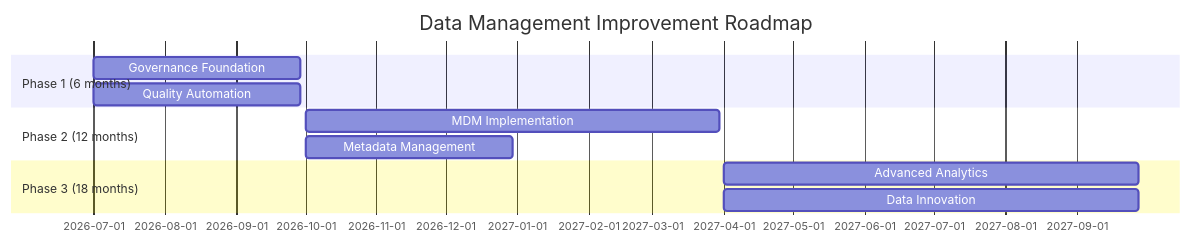
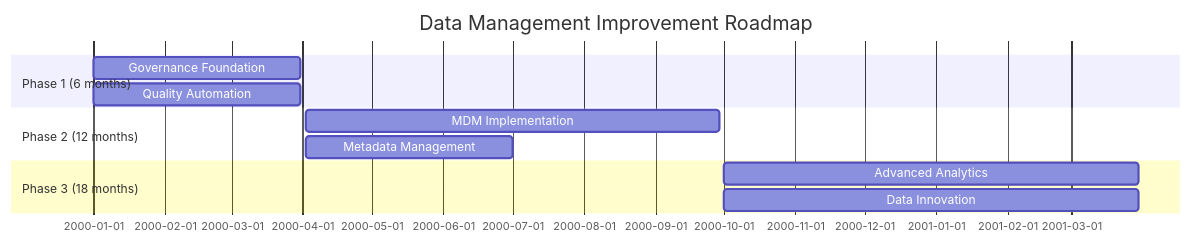
The second of 2 diagrams in document-template/15_Data_Management/Data-Management-Maturity-Assessment.md (oat431/swe-knowledge), drawn with Mermaid before and after one commit. The commit also changed 56 other files, not shown here.

````diff
--- a/document-template/15_Data_Management/Data-Management-Maturity-Assessment.md
+++ b/document-template/15_Data_Management/Data-Management-Maturity-Assessment.md
@@ -81,14 +81,15 @@
 ```mermaid
 gantt
     title Data Management Improvement Roadmap
     dateFormat YYYY-MM-DD
+    %% Placeholder schedule: base 2000-01-01 = project start; recompute real dates when instantiating
     section Phase 1 (6 months)
-    Governance Foundation    :a1, 2026-07-01, 90d
-    Quality Automation       :a2, 2026-07-01, 90d
+    Governance Foundation    :a1, 2000-01-01, 90d
+    Quality Automation       :a2, 2000-01-01, 90d
     section Phase 2 (12 months)
-    MDM Implementation       :b1, 2026-10-01, 180d
-    Metadata Management      :b2, 2026-10-01, 90d
+    MDM Implementation       :b1, 2000-04-02, 180d
+    Metadata Management      :b2, 2000-04-02, 90d
     section Phase 3 (18 months)
-    Advanced Analytics       :c1, 2027-04-01, 180d
-    Data Innovation          :c2, 2027-04-01, 180d
+    Advanced Analytics       :c1, 2000-10-01, 180d
+    Data Innovation          :c2, 2000-10-01, 180d
 ```
````
